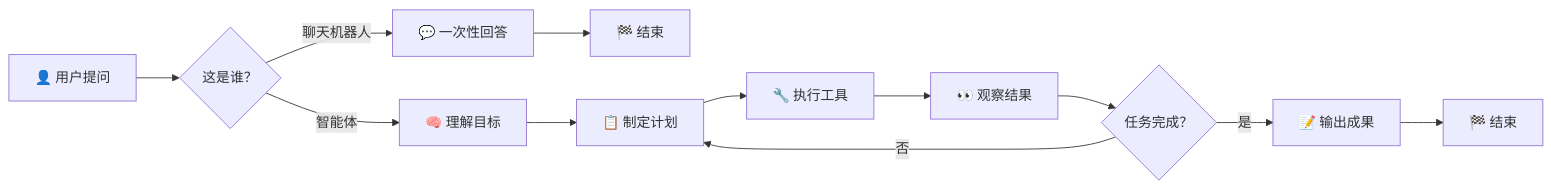
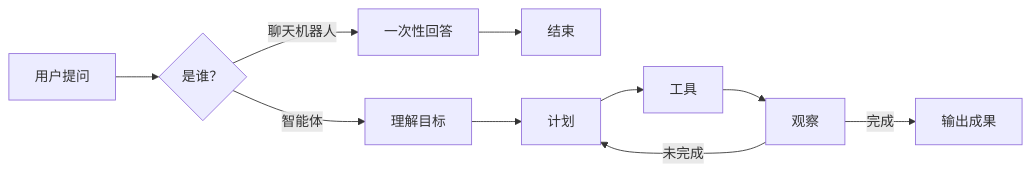
The first of 3 diagrams in my-agent-philosophy.md (zhibinQiu/benxi), drawn with Mermaid before and after one commit. The commit also changed other lines of this file and 620 other files, not shown here.

````diff
--- a/my-agent-philosophy.md
+++ b/my-agent-philosophy.md
@@ -11,16 +13,8 @@
 ```mermaid
 flowchart LR
-  A[👤 用户提问] --> B{这是谁？}
-
-  B -->|聊天机器人| C[💬 一次性回答]
-  C --> D[🏁 结束]
-
-  B -->|智能体| E[🧠 理解目标]
-  E --> F[📋 制定计划]
-  F --> G[🔧 执行工具]
-  G --> H[👀 观察结果]
-  H --> I{任务完成？}
-  I -->|否| F
-  I -->|是| J[📝 输出成果]
-  J --> K[🏁 结束]
+  A[用户提问] --> B{是谁？}
+  B -->|聊天机器人| C[一次性回答] --> D[结束]
+  B -->|智能体| E[理解目标] --> F[计划] --> G[工具] --> H[观察]
+  H -->|未完成| F
+  H -->|完成| I[输出成果]
 ```
````
